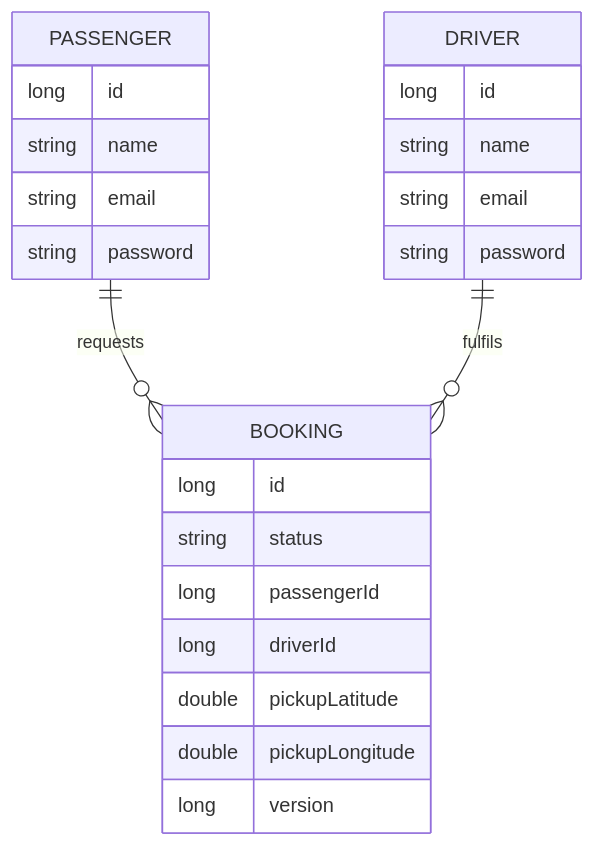
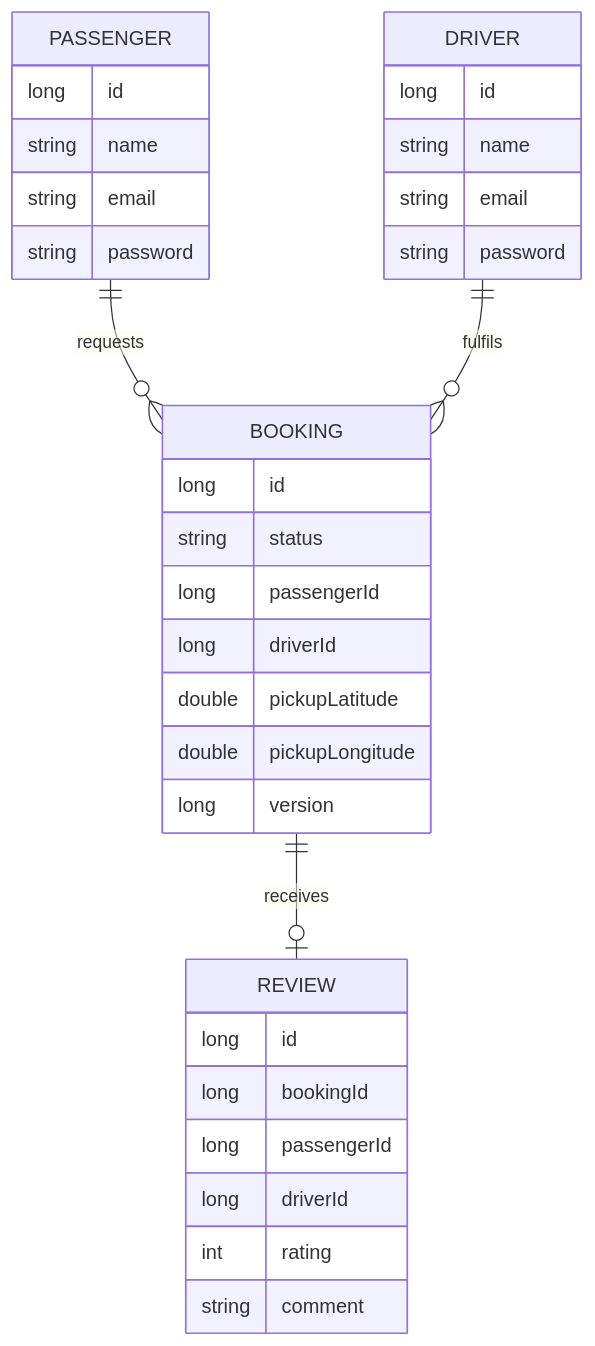
The sixth of 6 diagrams in docs/HLD.md (piyush932/uber-ride-platform), drawn with Mermaid before and after one commit. The commit also changed other lines of this file and 19 other files, not shown here.

Commit message:
Stage 4: review-service (ratings for completed bookings), booking complete endpoint, tests, docs

````diff
--- a/docs/HLD.md
+++ b/docs/HLD.md
@@ -120,8 +149,10 @@
 ```mermaid
 erDiagram
     PASSENGER ||--o{ BOOKING : requests
     DRIVER ||--o{ BOOKING : fulfils
+    BOOKING ||--o| REVIEW : receives
     PASSENGER { long id string name string email string password }
     DRIVER { long id string name string email string password }
     BOOKING { long id string status long passengerId long driverId double pickupLatitude double pickupLongitude long version }
+    REVIEW { long id long bookingId long passengerId long driverId int rating string comment }
 ```
````
